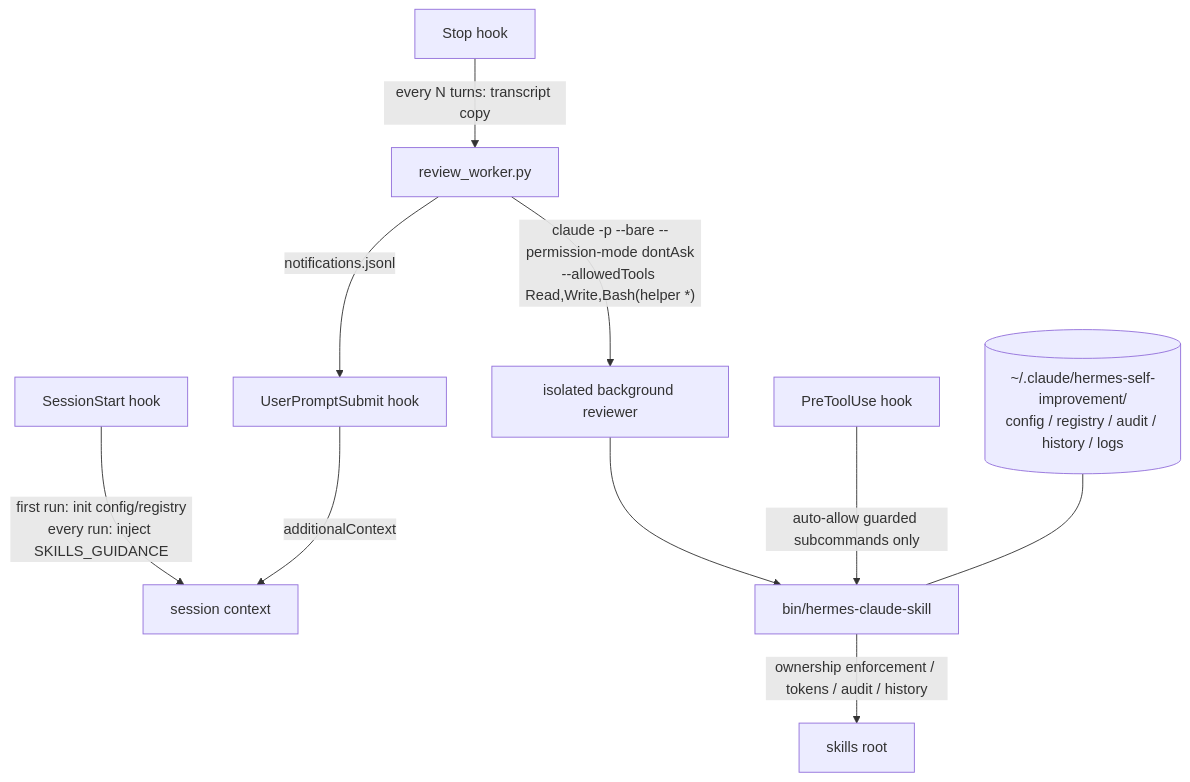
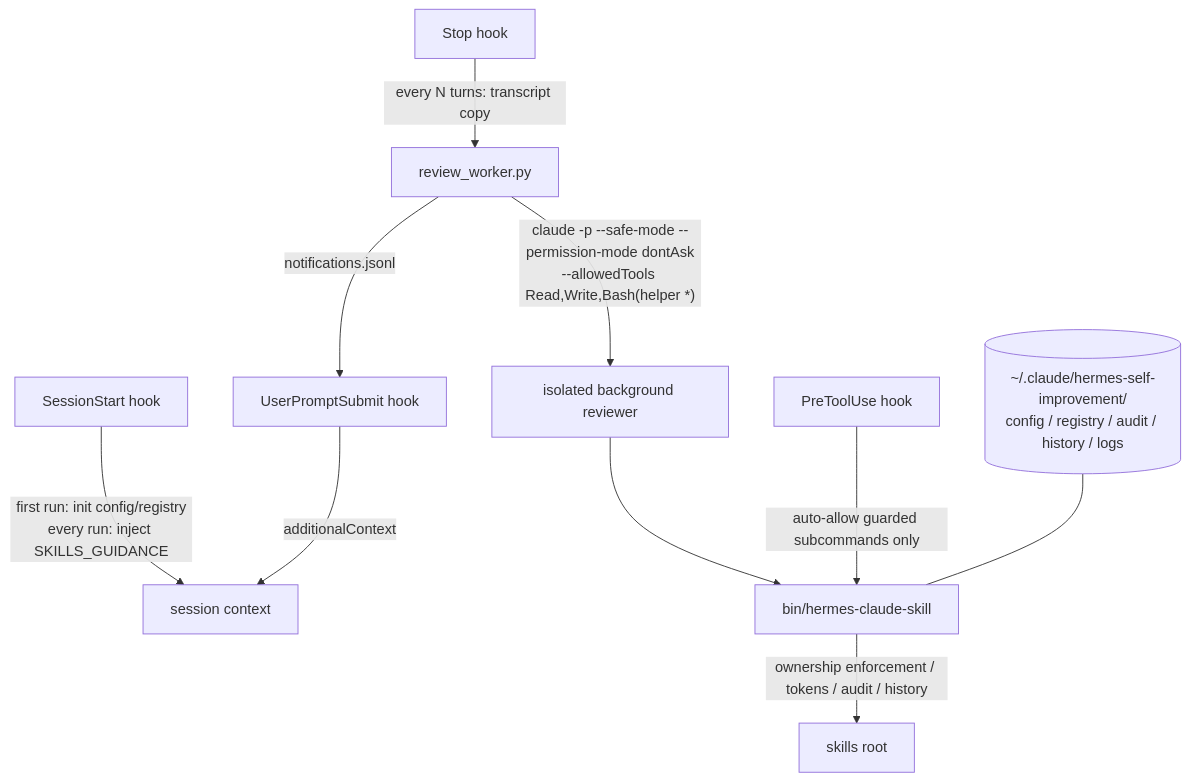
The first of 5 diagrams in README.md (lilpacy/hermes-self-improvement-claude-plugin), drawn with Mermaid before and after one commit. The commit also changed other lines of this file and 3 other files, not shown here.

First line of the commit message:
Use --safe-mode instead of --bare for the background reviewer (#1)

````diff
--- a/README.md
+++ b/README.md
@@ -18,12 +18,12 @@
 ```mermaid
 flowchart TD
   SS[SessionStart hook] -- "first run: init config/registry\nevery run: inject SKILLS_GUIDANCE" --> CTX[session context]
   ST[Stop hook] -- "every N turns: transcript copy" --> RW[review_worker.py]
-  RW -- "claude -p --bare --permission-mode dontAsk\n--allowedTools Read,Write,Bash(helper *)" --> BG[isolated background reviewer]
+  RW -- "claude -p --safe-mode --permission-mode dontAsk\n--allowedTools Read,Write,Bash(helper *)" --> BG[isolated background reviewer]
   BG --> HL[bin/hermes-claude-skill]
   HL -- "ownership enforcement / tokens / audit / history" --> SK[skills root]
   RW -- notifications.jsonl --> UP[UserPromptSubmit hook]
   UP -- additionalContext --> CTX
   PT[PreToolUse hook] -- "auto-allow guarded subcommands only" --> HL
   DATA[(~/.claude/hermes-self-improvement/\nconfig / registry / audit / history / logs)] --- HL
 ```
````
